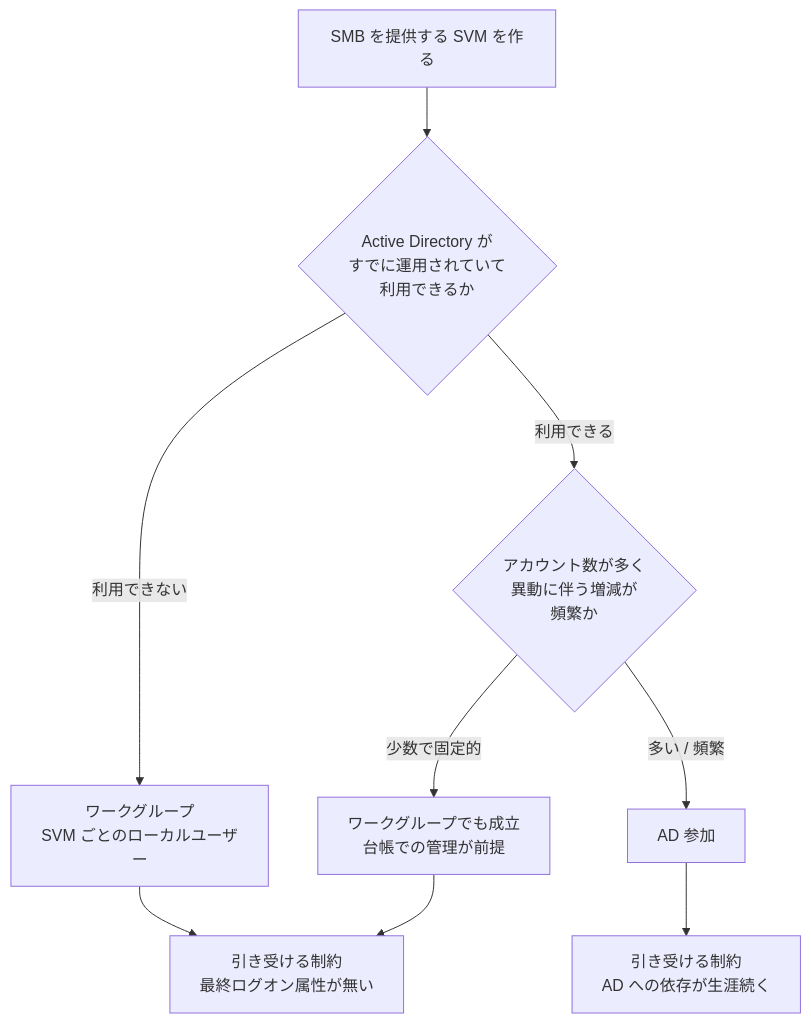
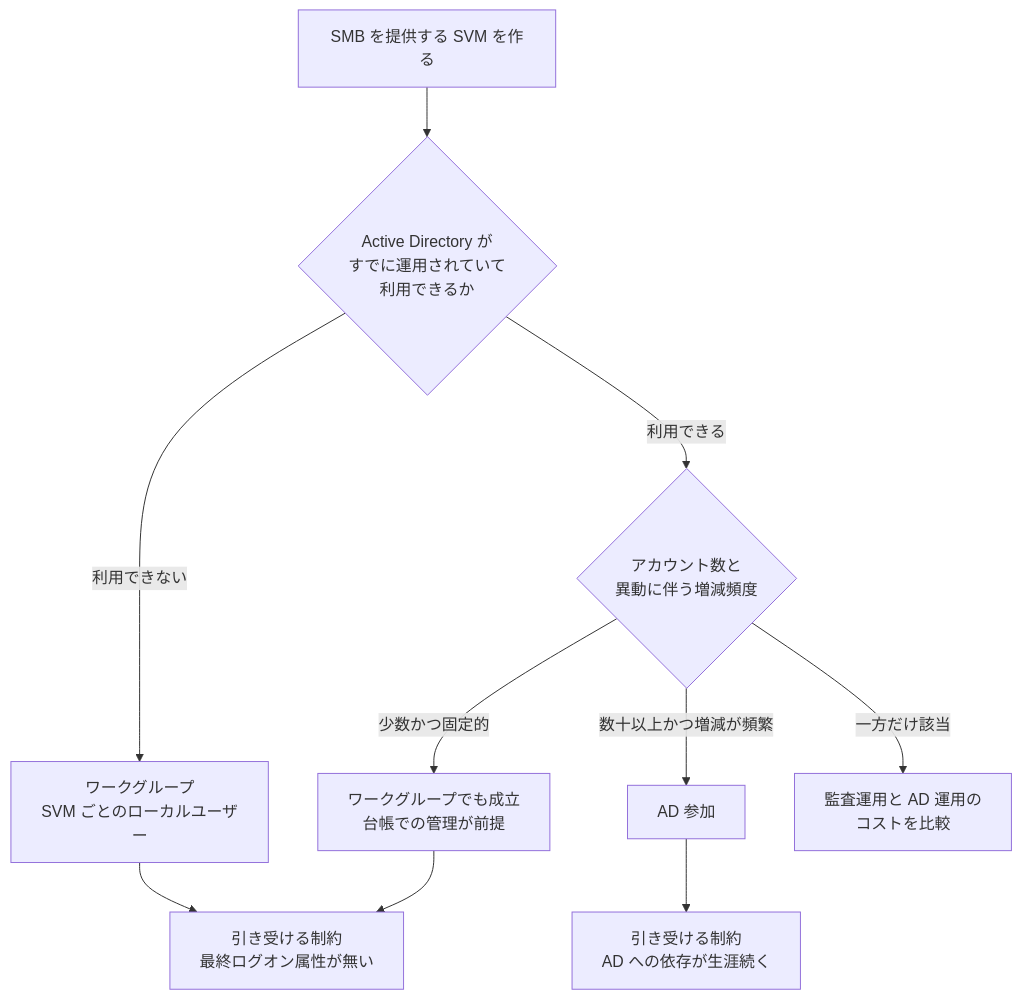
The first of 2 diagrams in docs/ja/reference/decision-trees/smb-identity-and-audit.md (Yoshiki0705/FSx-for-ONTAP-Adoption-Playbook), drawn with Mermaid before and after one commit. The commit also changed other lines of this file and 257 other files, not shown here.

````diff
--- a/docs/ja/reference/decision-trees/smb-identity-and-audit.md
+++ b/docs/ja/reference/decision-trees/smb-identity-and-audit.md
@@ -42,11 +38,12 @@
 ```mermaid
 graph TD
     START[SMB を提供する SVM を作る] --> Q1{"Active Directory が<br/>すでに運用されていて<br/>利用できるか"}
     Q1 -->|利用できない| WG[ワークグループ<br/>SVM ごとのローカルユーザー]
-    Q1 -->|利用できる| Q2{"アカウント数が多く<br/>異動に伴う増減が<br/>頻繁か"}
-    Q2 -->|少数で固定的| WG2["ワークグループでも成立<br/>台帳での管理が前提"]
-    Q2 -->|多い / 頻繁| AD[AD 参加]
+    Q1 -->|利用できる| Q2{"アカウント数と<br/>異動に伴う増減頻度"}
+    Q2 -->|少数かつ固定的| WG2["ワークグループでも成立<br/>台帳での管理が前提"]
+    Q2 -->|数十以上かつ増減が頻繁| AD[AD 参加]
+    Q2 -->|一方だけ該当| COMPARE["監査運用と AD 運用の<br/>コストを比較"]
     WG --> C1["引き受ける制約<br/>最終ログオン属性が無い"]
     WG2 --> C1
     AD --> C2["引き受ける制約<br/>AD への依存が生涯続く"]
 ```
````
